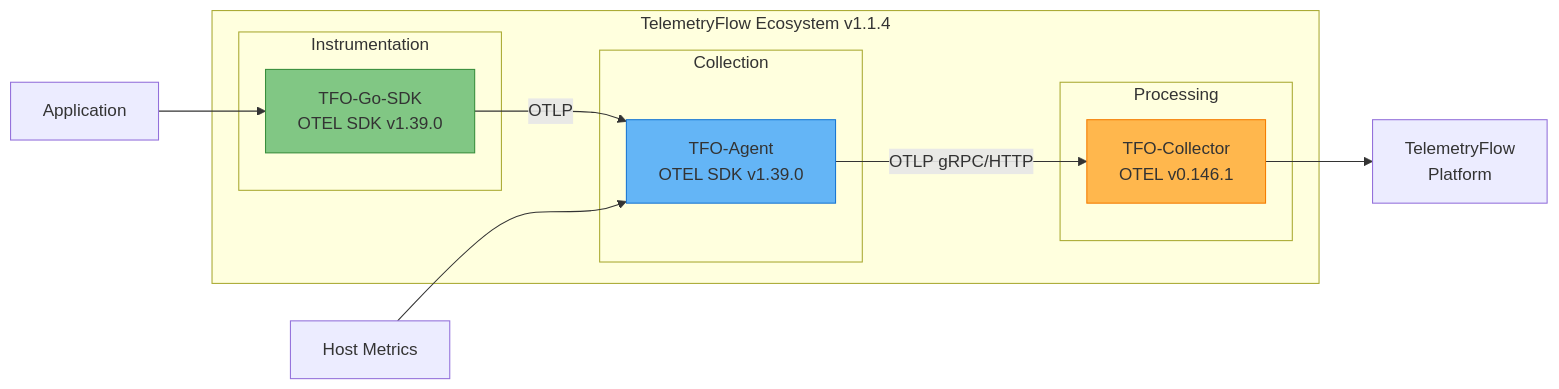
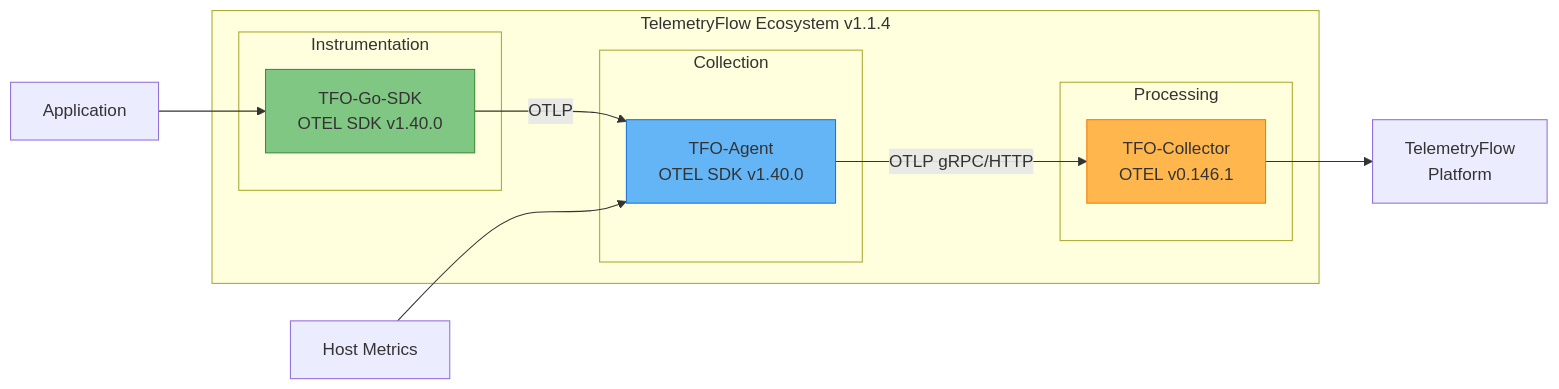
Before and after one commit to telemetryflow/telemetryflow-agent: the first of 3 diagrams in docs/README.md, drawn with Mermaid. The commit also changed other lines of this file and 10 other files, not shown here.

Commit message:
feat: Update Dockerfile metadata & documentation TFO-Agent v1.1.6

````diff
--- a/docs/README.md
+++ b/docs/README.md
@@ -29,26 +29,26 @@
 ```mermaid
 graph LR
     subgraph "TelemetryFlow Ecosystem v1.1.4"
         subgraph "Instrumentation"
-            SDK[TFO-Go-SDK<br/>OTEL SDK v1.39.0]
+            SDK[TFO-Go-SDK<br/>OTEL SDK v1.40.0]
         end
 
         subgraph "Collection"
-            AGENT[TFO-Agent<br/>OTEL SDK v1.39.0]
+            AGENT[TFO-Agent<br/>OTEL SDK v1.40.0]
         end
 
         subgraph "Processing"
             COLLECTOR[TFO-Collector<br/>OTEL v0.146.1]
         end
     end
 
     APP[Application] --> SDK
     SDK -->|OTLP| AGENT
     HOST[Host Metrics] --> AGENT
     AGENT -->|OTLP gRPC/HTTP| COLLECTOR
     COLLECTOR --> BACKEND[TelemetryFlow<br/>Platform]
 
     style SDK fill:#81C784,stroke:#388E3C
     style AGENT fill:#64B5F6,stroke:#1976D2
     style COLLECTOR fill:#FFB74D,stroke:#F57C00
 ```
````
